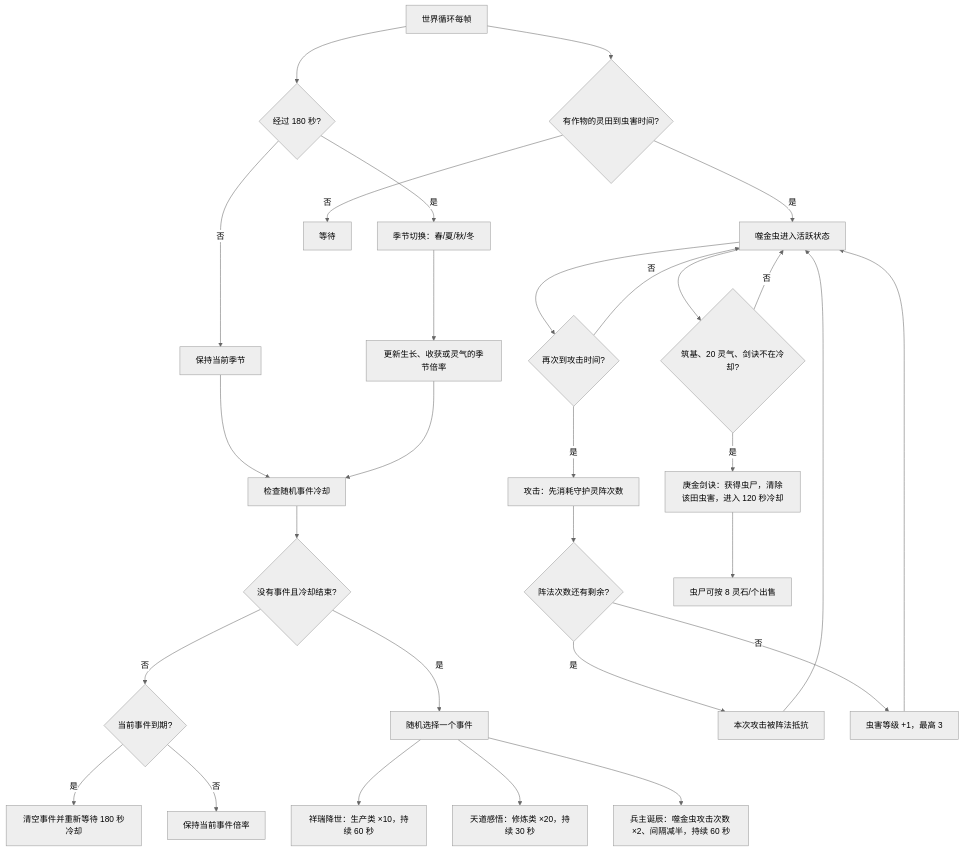
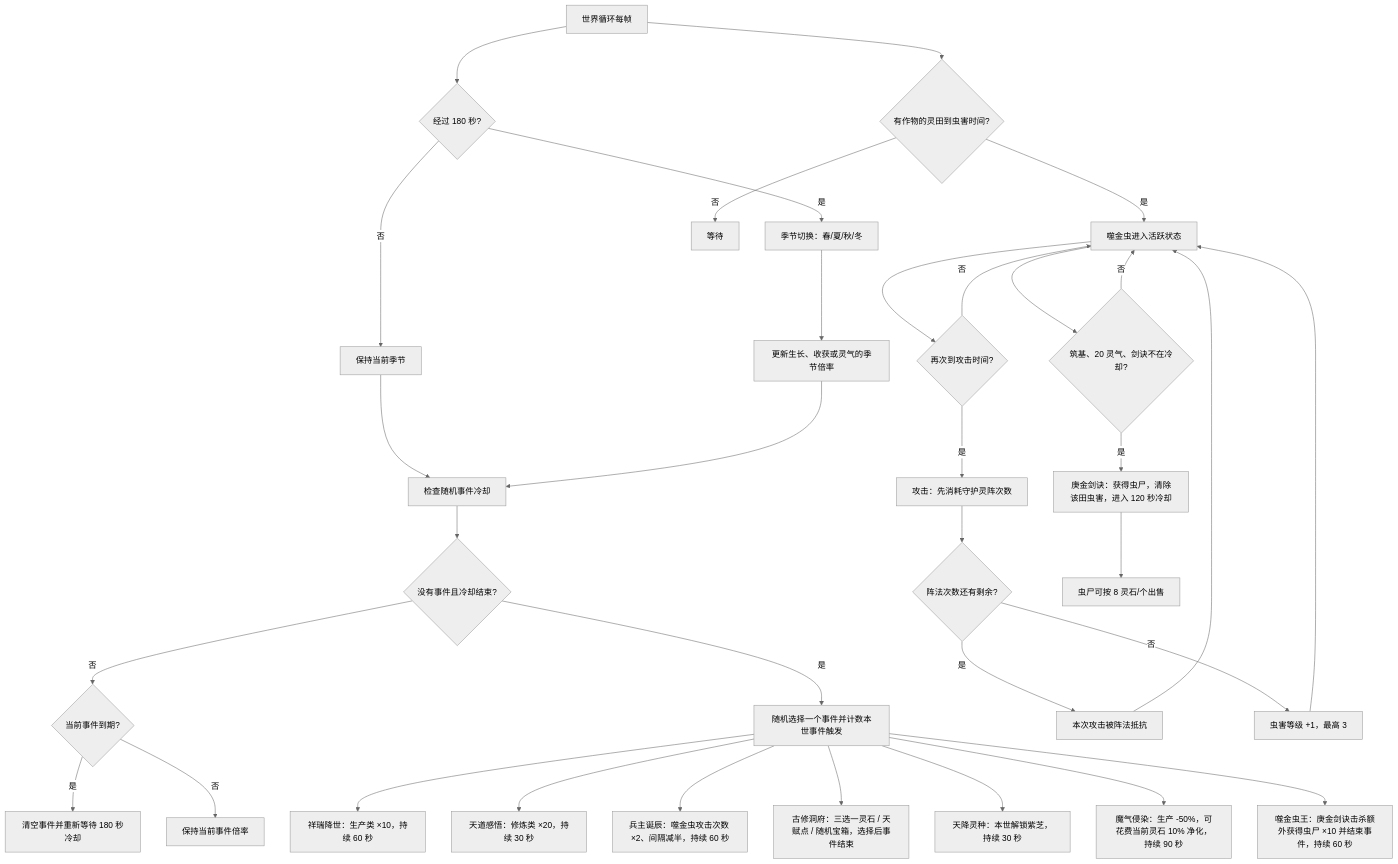
Before and after one commit to changw98ic/lingnong: the eighth of 12 diagrams in docs/CURRENT-GAME-FLOW.md, drawn with Mermaid (neutral theme). The commit also changed other lines of this file and 13 other files, not shown here.

````diff
--- a/docs/CURRENT-GAME-FLOW.md
+++ b/docs/CURRENT-GAME-FLOW.md
@@ -306,35 +320,39 @@
 ```mermaid
 flowchart TD
     A[世界循环每帧] --> B{经过 180 秒?}
     B -- 是 --> C[季节切换：春/夏/秋/冬]
     B -- 否 --> D[保持当前季节]
     C --> E[更新生长、收获或灵气的季节倍率]
     D --> F[检查随机事件冷却]
     E --> F
 
     F --> G{没有事件且冷却结束?}
     G -- 否 --> H{当前事件到期?}
-    G -- 是 --> I[随机选择一个事件]
+    G -- 是 --> I[随机选择一个事件并计数本世事件触发]
     I --> J[祥瑞降世：生产类 ×10，持续 60 秒]
     I --> K[天道感悟：修炼类 ×20，持续 30 秒]
     I --> L[兵主诞辰：噬金虫攻击次数 ×2、间隔减半，持续 60 秒]
+    I --> CA[古修洞府：三选一灵石 / 天赋点 / 随机宝箱，选择后事件结束]
+    I --> HS[天降灵种：本世解锁紫芝，持续 30 秒]
+    I --> DQ[魔气侵染：生产 -50%，可花费当前灵石 10% 净化，持续 90 秒]
+    I --> IK[噬金虫王：庚金剑诀击杀额外获得虫尸 ×10 并结束事件，持续 60 秒]
     H -- 是 --> M[清空事件并重新等待 180 秒冷却]
     H -- 否 --> N[保持当前事件倍率]
 
     A --> O{有作物的灵田到虫害时间?}
     O -- 否 --> P[等待]
     O -- 是 --> Q[噬金虫进入活跃状态]
     Q --> R{再次到攻击时间?}
     R -- 否 --> Q
     R -- 是 --> S[攻击：先消耗守护灵阵次数]
     S --> T{阵法次数还有剩余?}
     T -- 是 --> U[本次攻击被阵法抵抗]
     T -- 否 --> V[虫害等级 +1，最高 3]
     U --> Q
     V --> Q
 
     Q --> W{筑基、20 灵气、剑诀不在冷却?}
     W -- 是 --> X[庚金剑诀：获得虫尸，清除该田虫害，进入 120 秒冷却]
     W -- 否 --> Q
     X --> Y[虫尸可按 8 灵石/个出售]
 ```
````
